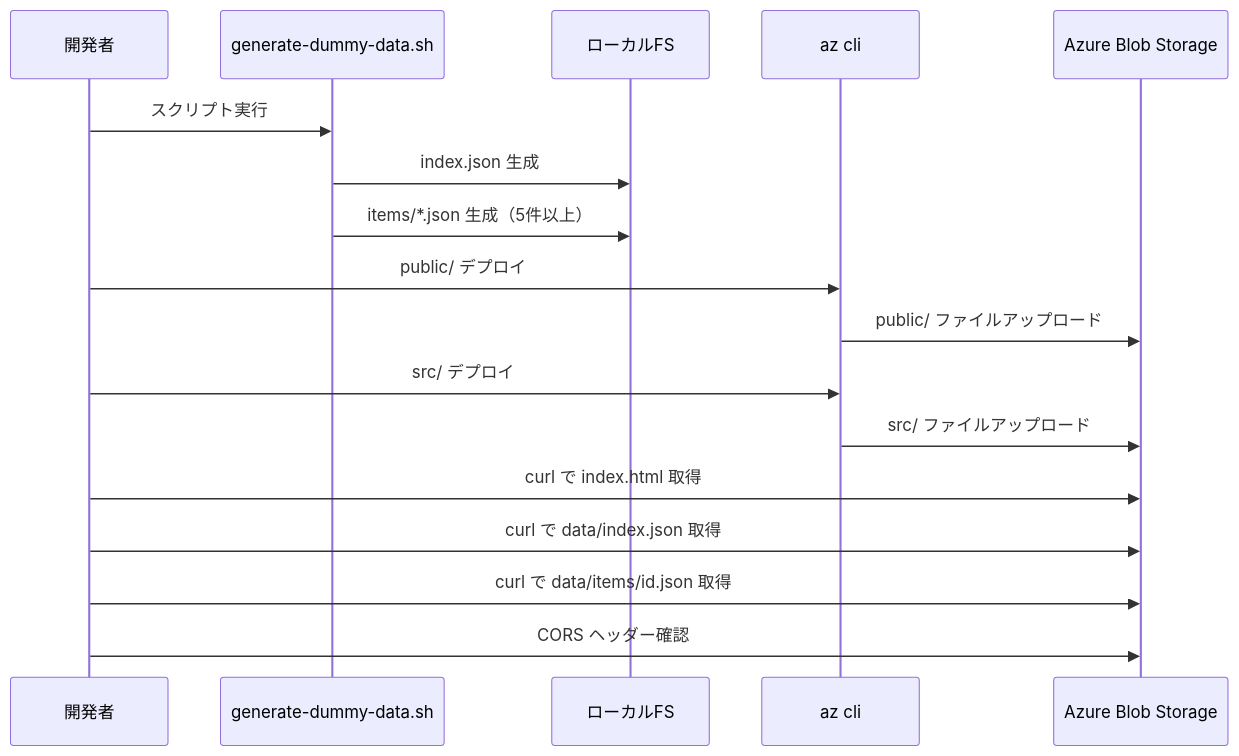
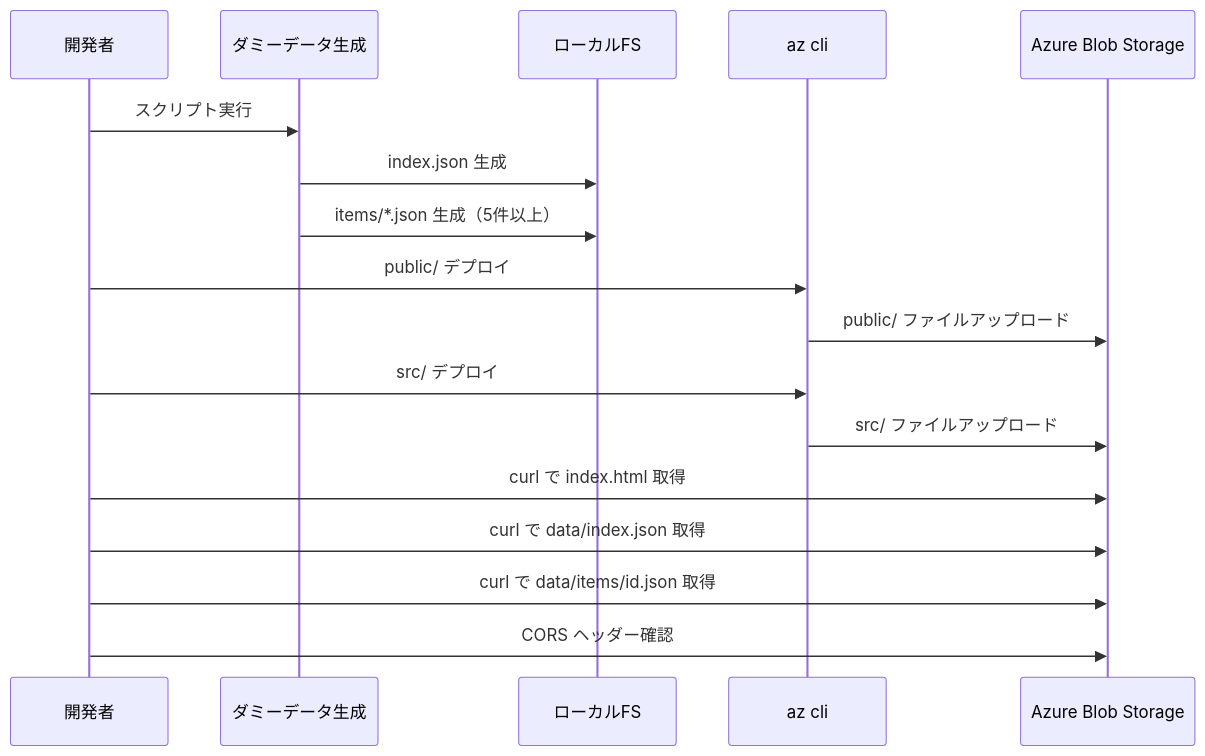
One commit to nuitsjp/teams-board changed the second of 3 diagrams in .kiro/specs/initialize-implement/design.md. Above: the diagram before and after it, drawn with Mermaid. The commit also changed other lines of this file and 2 other files, not shown here.

Commit message:
chore: ダミーデータ生成スクリプトを削除

````diff
--- a/.kiro/specs/initialize-implement/design.md
+++ b/.kiro/specs/initialize-implement/design.md
@@ -79,20 +79,20 @@
 ```mermaid
 sequenceDiagram
     participant Dev as 開発者
-    participant Gen as generate-dummy-data.sh
+    participant Gen as ダミーデータ生成
     participant FS as ローカルFS
     participant AZ as az cli
     participant Blob as Azure Blob Storage
 
     Dev->>Gen: スクリプト実行
     Gen->>FS: index.json 生成
     Gen->>FS: items/*.json 生成（5件以上）
     Dev->>AZ: public/ デプロイ
     AZ->>Blob: public/ ファイルアップロード
     Dev->>AZ: src/ デプロイ
     AZ->>Blob: src/ ファイルアップロード
     Dev->>Blob: curl で index.html 取得
     Dev->>Blob: curl で data/index.json 取得
     Dev->>Blob: curl で data/items/id.json 取得
     Dev->>Blob: CORS ヘッダー確認
 ```
````
